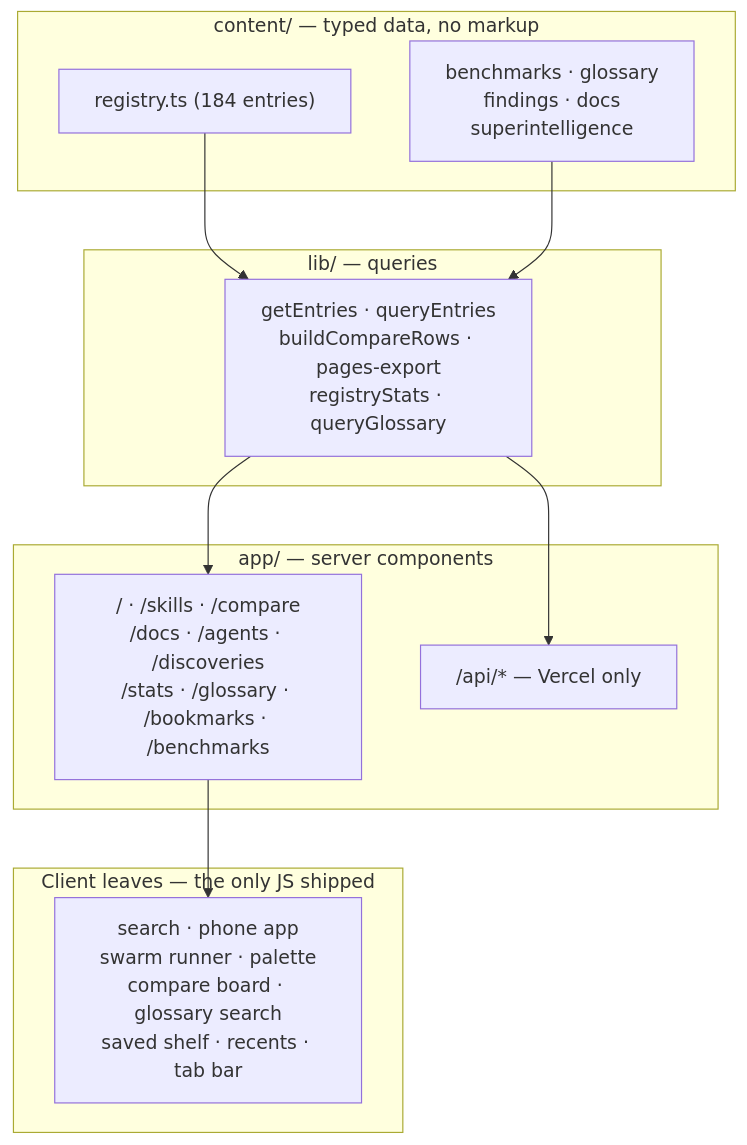
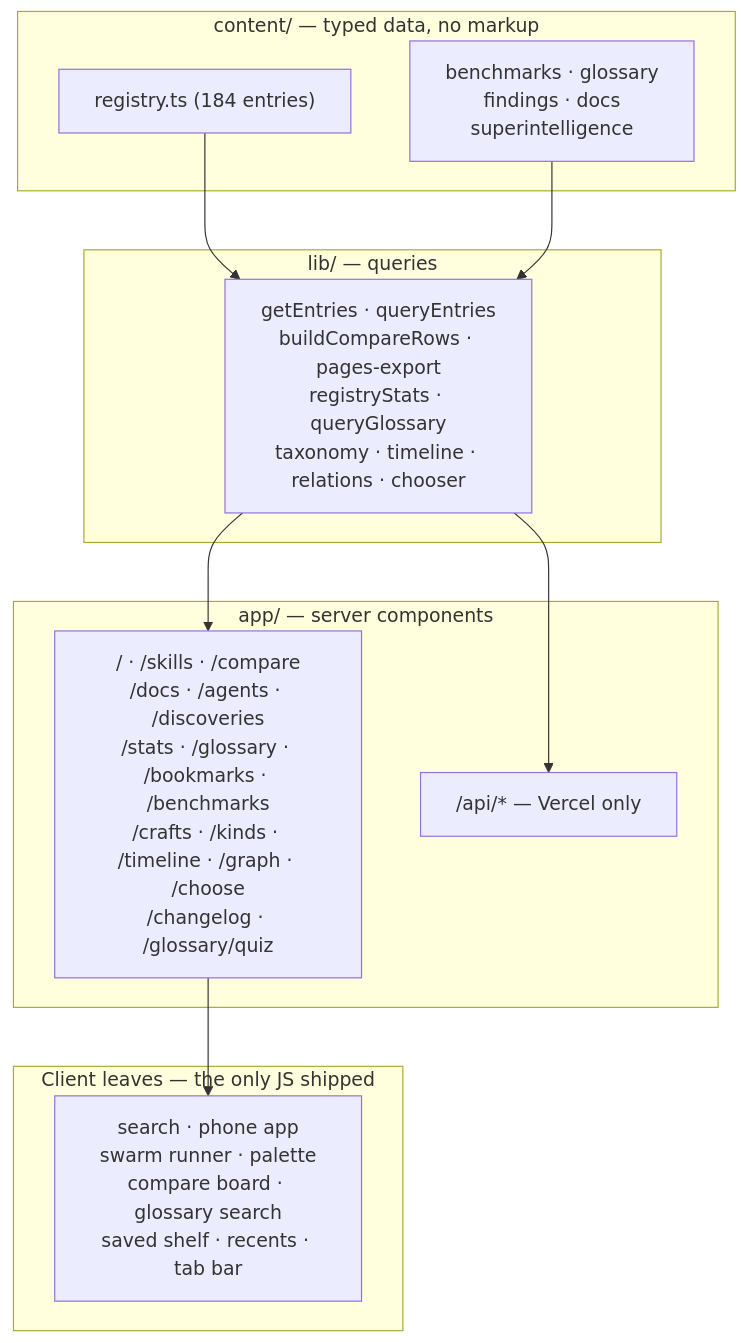
One commit to aniruddhaadak80/wow-repo changed the first of 3 diagrams in README.md. Above: the diagram before and after it, drawn with Mermaid. The commit also changed other lines of this file and 6 other files, not shown here.

First line of the commit message:
docs: screenshot and diagram the derived surfaces

````diff
--- a/README.md
+++ b/README.md
@@ -98,22 +111,22 @@
 ```mermaid
 flowchart TB
     subgraph content["content/ — typed data, no markup"]
         REG["registry.ts (184 entries)"]
         MORE["benchmarks · glossary<br/>findings · docs<br/>superintelligence"]
     end
     subgraph lib["lib/ — queries"]
-        Q["getEntries · queryEntries<br/>buildCompareRows · pages-export<br/>registryStats · queryGlossary"]
+        Q["getEntries · queryEntries<br/>buildCompareRows · pages-export<br/>registryStats · queryGlossary<br/>taxonomy · timeline · relations · chooser"]
     end
     subgraph app["app/ — server components"]
-        P["/ · /skills · /compare<br/>/docs · /agents · /discoveries<br/>/stats · /glossary · /bookmarks · /benchmarks"]
+        P["/ · /skills · /compare<br/>/docs · /agents · /discoveries<br/>/stats · /glossary · /bookmarks · /benchmarks<br/>/crafts · /kinds · /timeline · /graph · /choose<br/>/changelog · /glossary/quiz"]
         API["/api/* — Vercel only"]
     end
     subgraph islands["Client leaves — the only JS shipped"]
         I["search · phone app<br/>swarm runner · palette<br/>compare board · glossary search<br/>saved shelf · recents · tab bar"]
     end
     REG --> Q
     MORE --> Q
     Q --> P
     Q --> API
     P --> I
 ```
````
